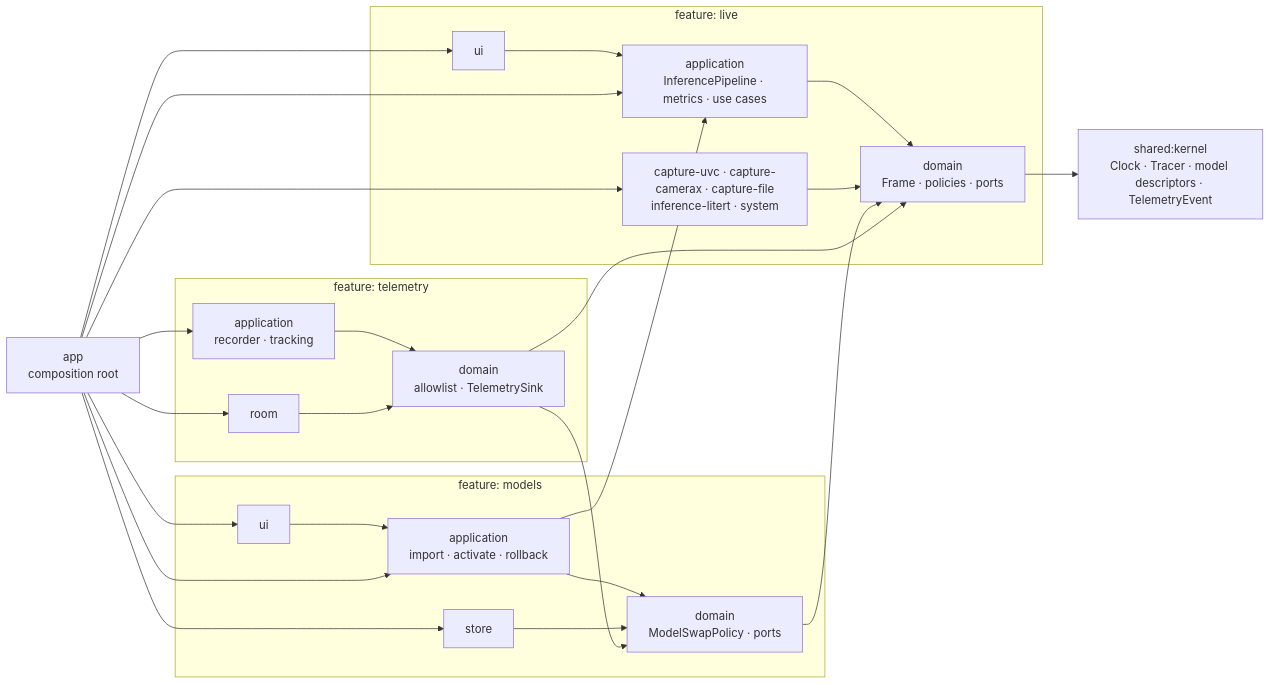
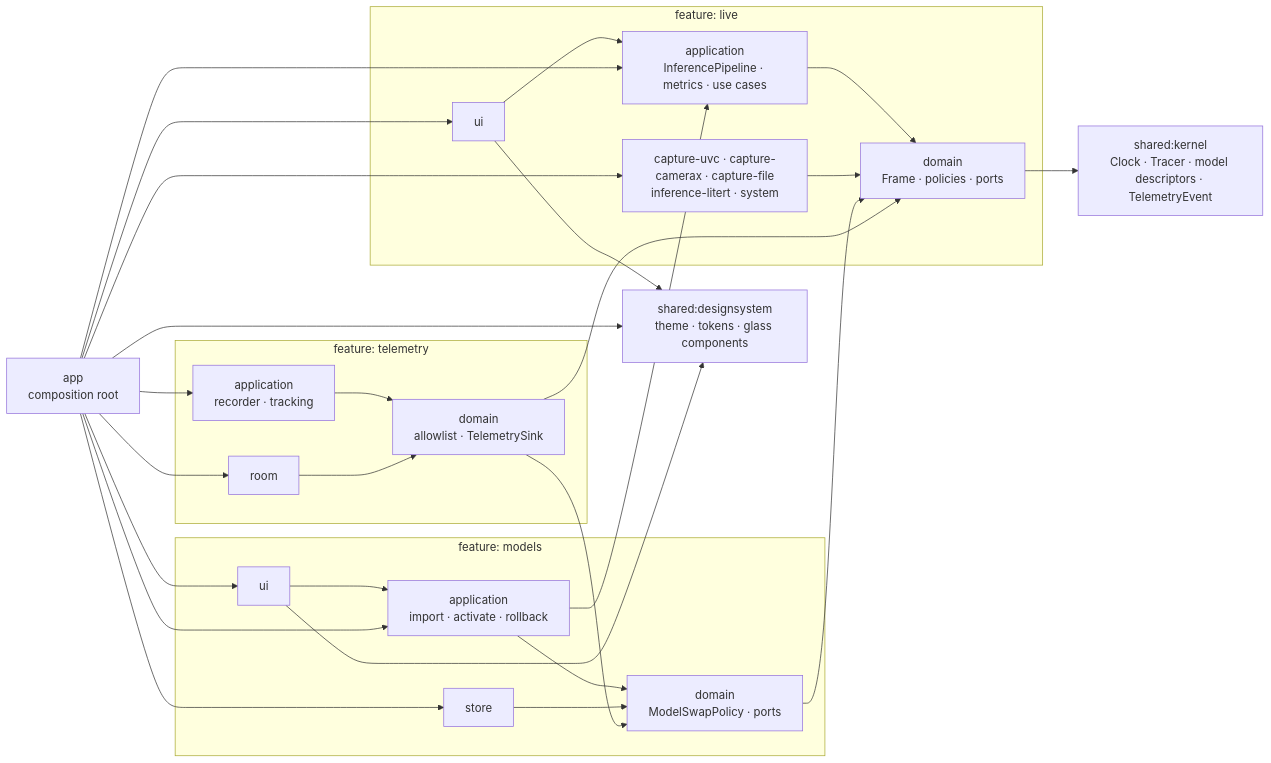
One commit to Rileyjrjohns/framelock changed the diagram in docs/architecture.md. Above: the diagram before and after it, drawn with Mermaid. The commit also changed other lines of this file and 9 other files, not shown here.

````diff
--- a/docs/architecture.md
+++ b/docs/architecture.md
@@ -18,34 +18,36 @@
 ```mermaid
 flowchart LR
   K[shared:kernel<br/>Clock · Tracer · model descriptors · TelemetryEvent]
   subgraph live [feature: live]
     LD[domain<br/>Frame · policies · ports]
     LA[application<br/>InferencePipeline · metrics · use cases]
     LAD[capture-uvc · capture-camerax · capture-file<br/>inference-litert · system]
     LUI[ui]
     LA --> LD
     LAD --> LD
     LUI --> LA
   end
   subgraph models [feature: models]
     MD[domain<br/>ModelSwapPolicy · ports]
     MA[application<br/>import · activate · rollback]
     MS[store]
     MUI[ui]
     MA --> MD
     MS --> MD
     MUI --> MA
   end
   subgraph telemetry [feature: telemetry]
     TD[domain<br/>allowlist · TelemetrySink]
     TA[application<br/>recorder · tracking]
     TR[room]
     TA --> TD
     TR --> TD
   end
   LD --> K
   MD --> LD
   MA --> LA
   TD --> LD & MD
-  APP[app<br/>composition root] --> LA & LAD & LUI & MA & MS & MUI & TA & TR
+  DS[shared:designsystem<br/>theme · tokens · glass components]
+  LUI & MUI --> DS
+  APP[app<br/>composition root] --> LA & LAD & LUI & MA & MS & MUI & TA & TR & DS
 ```
````
